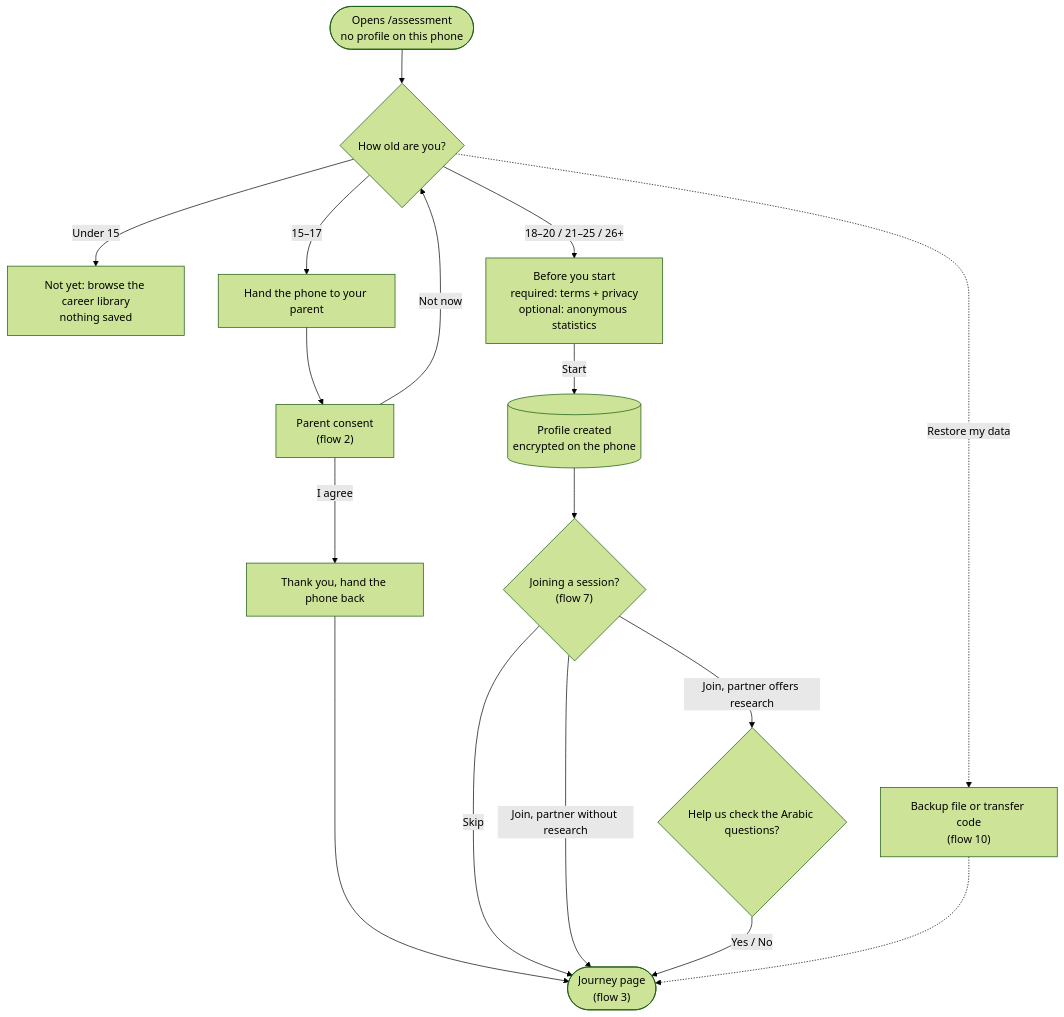
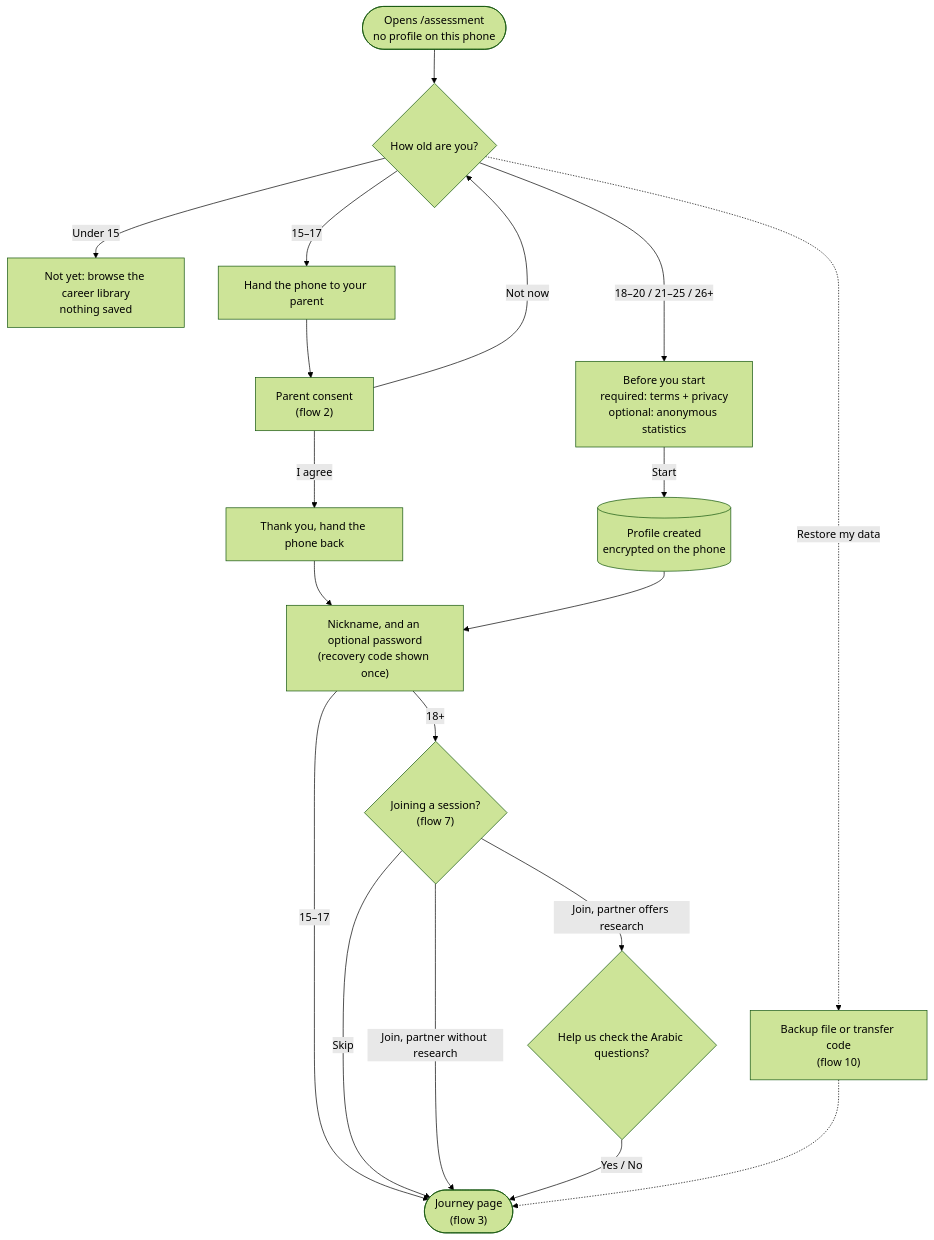
One commit to geomagdy95-netizen/anaBokra changed the first of 13 diagrams in docs/system/flows.md. Above: the diagram before and after it, drawn with Mermaid (forest theme). The commit also changed other lines of this file and 29 other files, not shown here.

First line of the commit message:
Local nickname and optional password lock with a recovery code

````diff
--- a/docs/system/flows.md
+++ b/docs/system/flows.md
@@ -29,16 +29,18 @@
 ```mermaid
 flowchart TD
     open(["Opens /assessment<br/>no profile on this phone"]) --> age{"How old are you?"}
     age -- "Under 15" --> young["Not yet: browse the career library<br/>nothing saved"]
     age -- "15–17" --> hand["Hand the phone to your parent"] --> parent["Parent consent<br/>(flow 2)"]
-    parent -- "I agree" --> thanks["Thank you, hand the phone back"] --> hub
+    parent -- "I agree" --> thanks["Thank you, hand the phone back"] --> nick
     parent -- "Not now" --> age
     age -- "18–20 / 21–25 / 26+" --> accept["Before you start<br/>required: terms + privacy<br/>optional: anonymous statistics"]
     accept -- "Start" --> made[("Profile created<br/>encrypted on the phone")]
-    made --> session{"Joining a session?<br/>(flow 7)"}
+    made --> nick["Nickname, and an optional password<br/>(recovery code shown once)"]
+    nick -- "15–17" --> hub
+    nick -- "18+" --> session{"Joining a session?<br/>(flow 7)"}
     session -- "Skip" --> hub
     session -- "Join, partner without research" --> hub
     session -- "Join, partner offers research" --> research{"Help us check the Arabic questions?"}
     research -- "Yes / No" --> hub(["Journey page<br/>(flow 3)"])
     age -. "Restore my data" .-> restore["Backup file or transfer code<br/>(flow 10)"] -.-> hub
 ```
````
